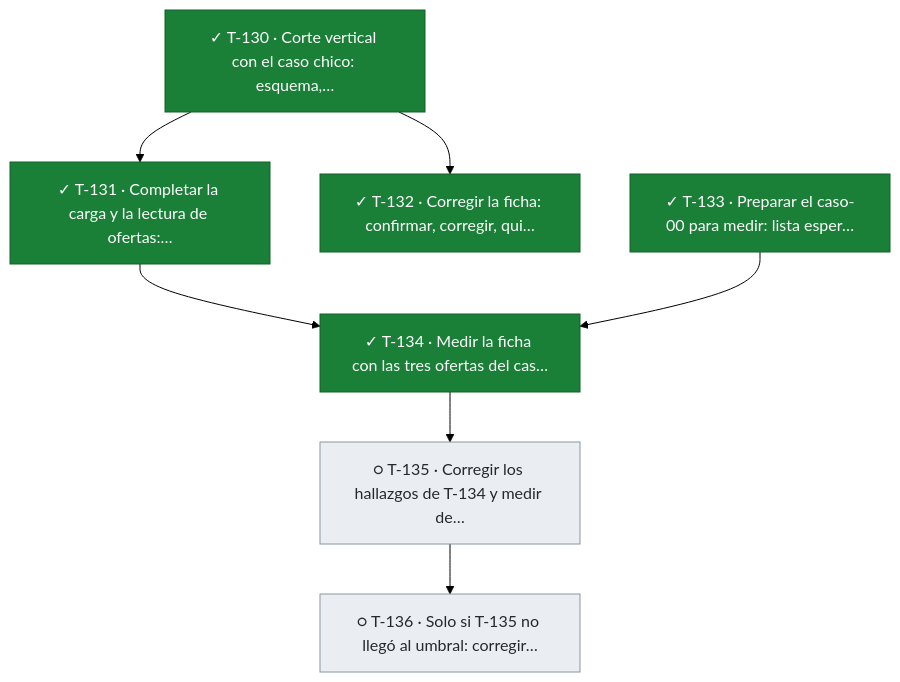
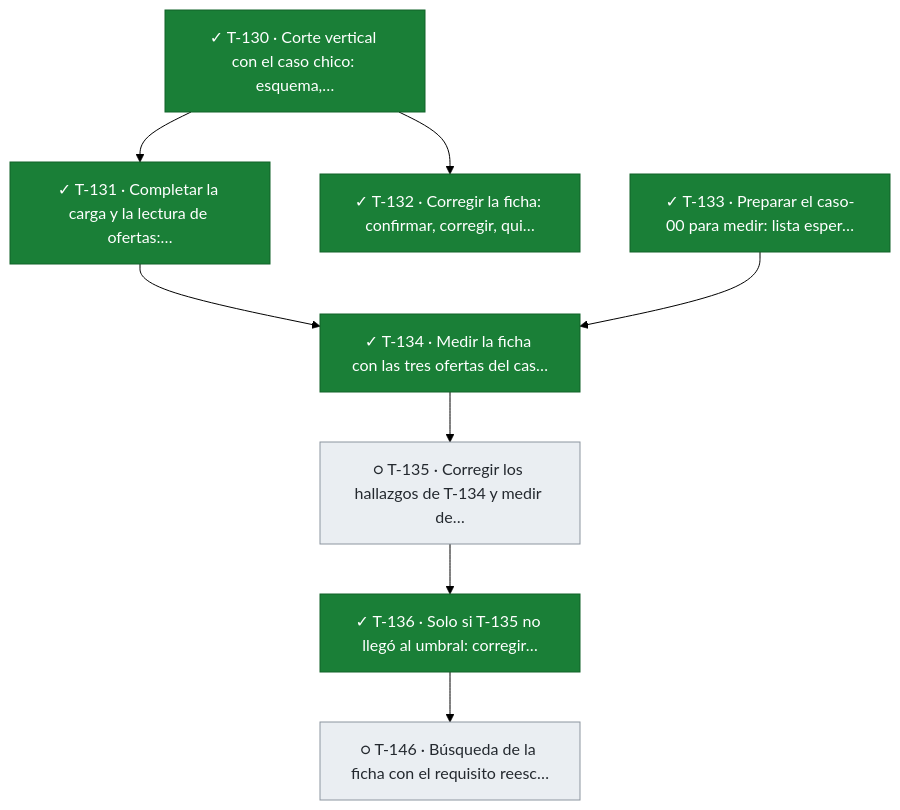
Before and after one commit to snavello/EVALUON: the seventh of 9 diagrams in docs/tablero.md, drawn with Mermaid (forest theme). The commit also changed other lines of this file and 1 other file, not shown here.

````diff
--- a/docs/tablero.md
+++ b/docs/tablero.md
@@ -678,21 +679,23 @@
 ```mermaid
 flowchart TD
   T130["✓ T-130 · Corte vertical con el caso chico: esquema,…"]:::done
   T131["✓ T-131 · Completar la carga y la lectura de ofertas:…"]:::done
   T132["✓ T-132 · Corregir la ficha: confirmar, corregir, qui…"]:::done
   T133["✓ T-133 · Preparar el caso-00 para medir: lista esper…"]:::done
   T134["✓ T-134 · Medir la ficha con las tres ofertas del cas…"]:::done
   T135["○ T-135 · Corregir los hallazgos de T-134 y medir de…"]:::todo
-  T136["○ T-136 · Solo si T-135 no llegó al umbral: corregir…"]:::todo
+  T136["✓ T-136 · Solo si T-135 no llegó al umbral: corregir…"]:::done
+  T146["○ T-146 · Búsqueda de la ficha con el requisito reesc…"]:::todo
   T130 --> T131
   T130 --> T132
   T131 --> T134
   T133 --> T134
   T134 --> T135
   T135 --> T136
+  T136 --> T146
   classDef done fill:#1a7f37,stroke:#116329,color:#ffffff
   classDef review fill:#0969da,stroke:#0550ae,color:#ffffff
   classDef active fill:#bf8700,stroke:#7d4e00,color:#ffffff
   classDef blocked fill:#cf222e,stroke:#a40e26,color:#ffffff
   classDef todo fill:#eaeef2,stroke:#8c959f,color:#24292f
 ```
````
